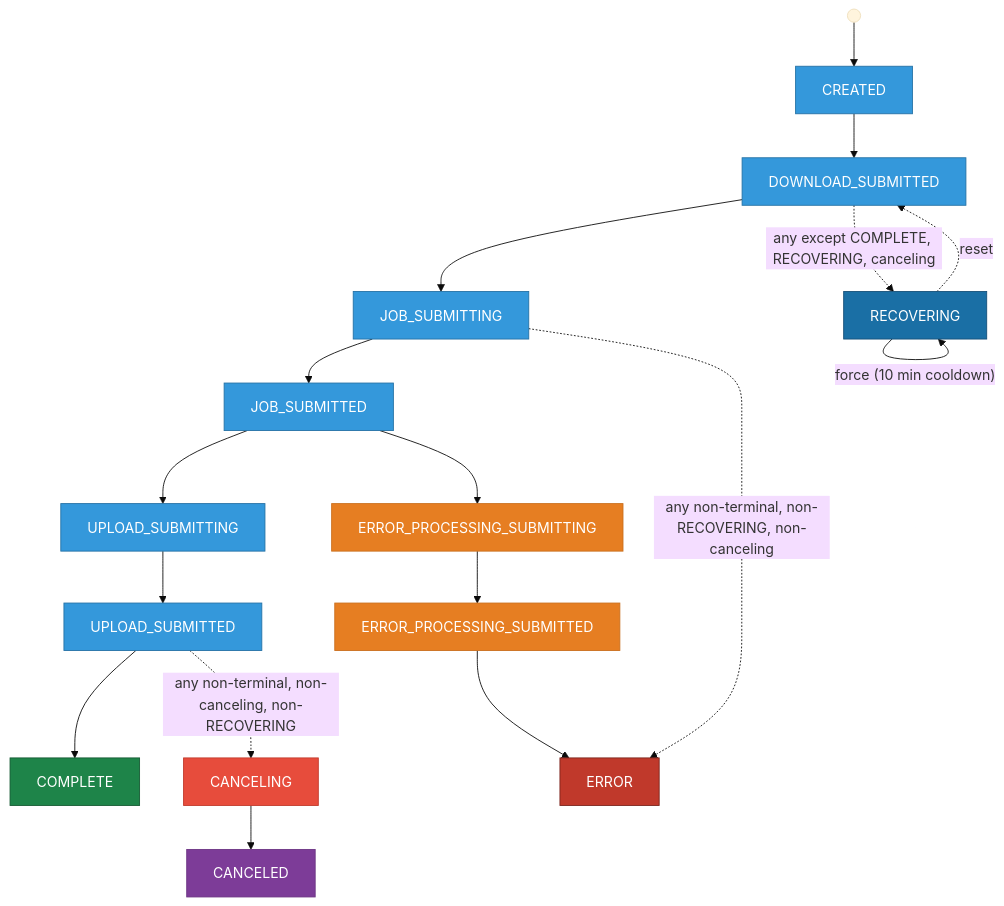
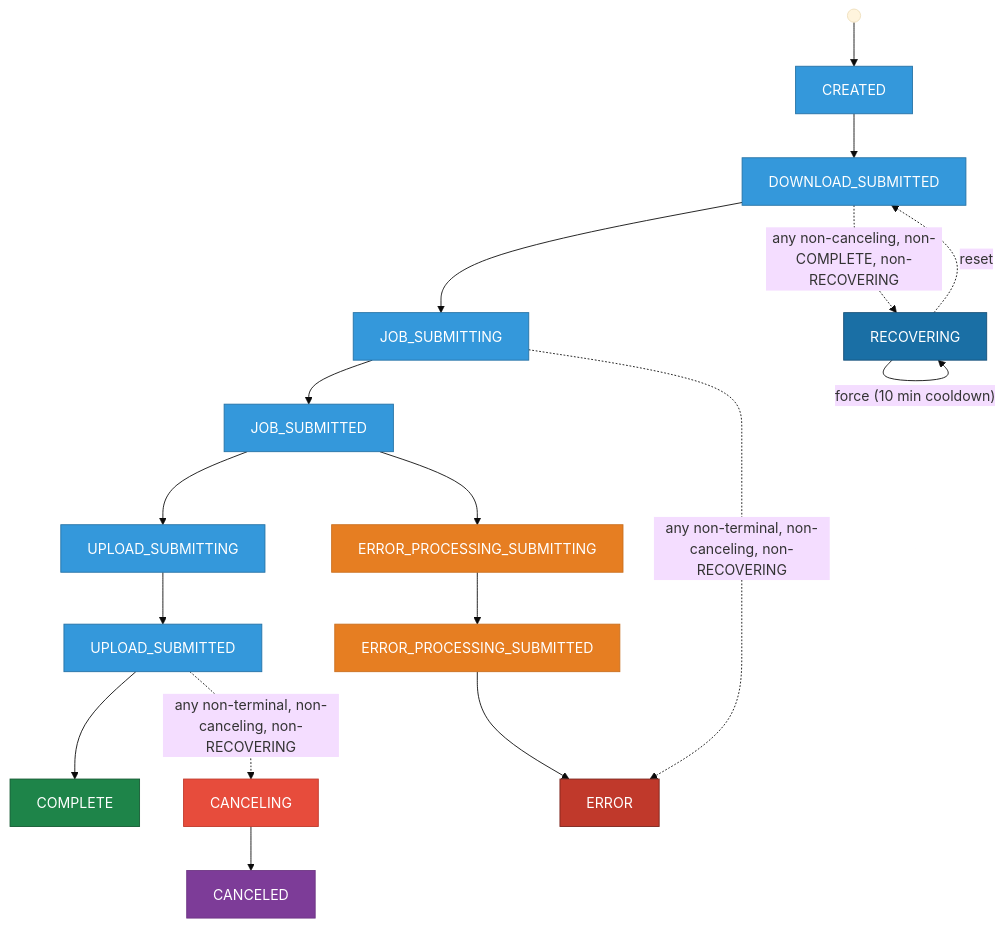
Before and after one commit to kbase/cdm-task-service: the diagram in design/fsm_diagram.md, drawn with Mermaid (base theme).

Commit message:
make FSM chart language consistent

````diff
--- a/design/fsm_diagram.md
+++ b/design/fsm_diagram.md
@@ -10,48 +10,48 @@
 ```mermaid
 flowchart TD
     s(( )) --> CREATED
 
     %% ── Happy path ──────────────────────────────────────────────────
     CREATED --> DS[DOWNLOAD_SUBMITTED]
     DS      --> JSIng[JOB_SUBMITTING]
     JSIng   --> JSd[JOB_SUBMITTED]
     JSd     --> USIng[UPLOAD_SUBMITTING]
     USIng   --> USd[UPLOAD_SUBMITTED]
     USd     --> COMPLETE[COMPLETE]
 
     %% ── Error-processing path (declared first → tends to go left) ──
     JSd    --> EPSIng[ERROR_PROCESSING_SUBMITTING]
     EPSIng --> EPSd[ERROR_PROCESSING_SUBMITTED]
     EPSd   --> ERROR[ERROR]
 
     %% Representative: any non-terminal state can reach ERROR directly (not CANCELING)
-    JSIng -.->|"any non-terminal, non-RECOVERING, non-canceling"| ERROR
+    JSIng -.->|"any non-terminal, non-canceling, non-RECOVERING"| ERROR
 
     %% ── Cancel path ─────────────────────────────────────────────────
     %% Representative: any non-terminal, non-RECOVERING state can cancel
     USd -.->|"any non-terminal, non-canceling, non-RECOVERING"| CANCELING[CANCELING]
     CANCELING --> CANCELED[CANCELED]
 
     %% ── Recovery ────────────────────────────────────────────────────
     %% Representative: any except COMPLETE, RECOVERING, and cancel states
-    DS -.->|"any except COMPLETE, RECOVERING, canceling"| RECOVERING[RECOVERING]
+    DS -.->|"any non-canceling, non-COMPLETE, non-RECOVERING"| RECOVERING[RECOVERING]
     RECOVERING -->|"force (10 min cooldown)"| RECOVERING
     RECOVERING -.->|reset| DS
 
     %% ── Styles ──────────────────────────────────────────────────────
     classDef normal  fill:#3498db,stroke:#2471a5,color:white
     classDef term    fill:#1e8449,stroke:#145a32,color:white
     classDef errTerm fill:#c0392b,stroke:#7b241c,color:white
     classDef canTerm fill:#7d3c98,stroke:#6c3483,color:white
     classDef eps     fill:#e67e22,stroke:#ca6f1e,color:white
     classDef rec     fill:#1a6fa5,stroke:#154f78,color:white
     classDef canNode fill:#e74c3c,stroke:#c0392b,color:white
 
     class CREATED,DS,JSIng,JSd,USIng,USd normal
     class COMPLETE term
     class ERROR errTerm
     class CANCELED canTerm
     class EPSIng,EPSd eps
     class RECOVERING rec
     class CANCELING canNode
 ```
````
